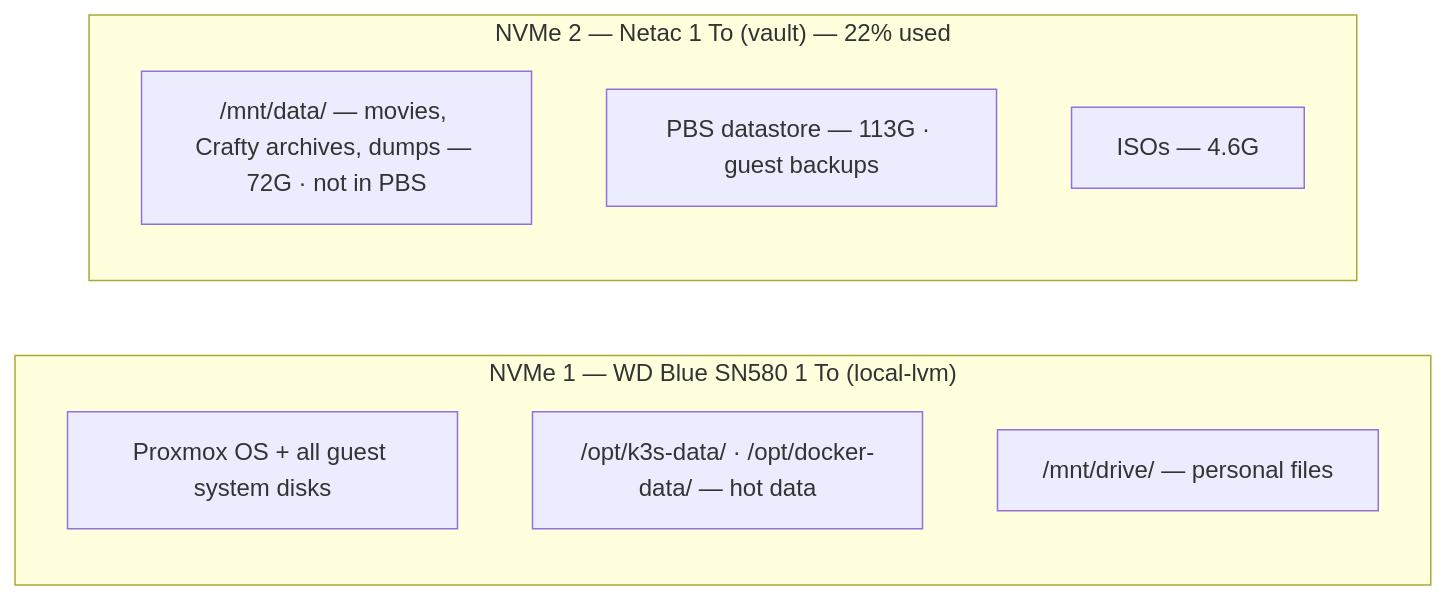
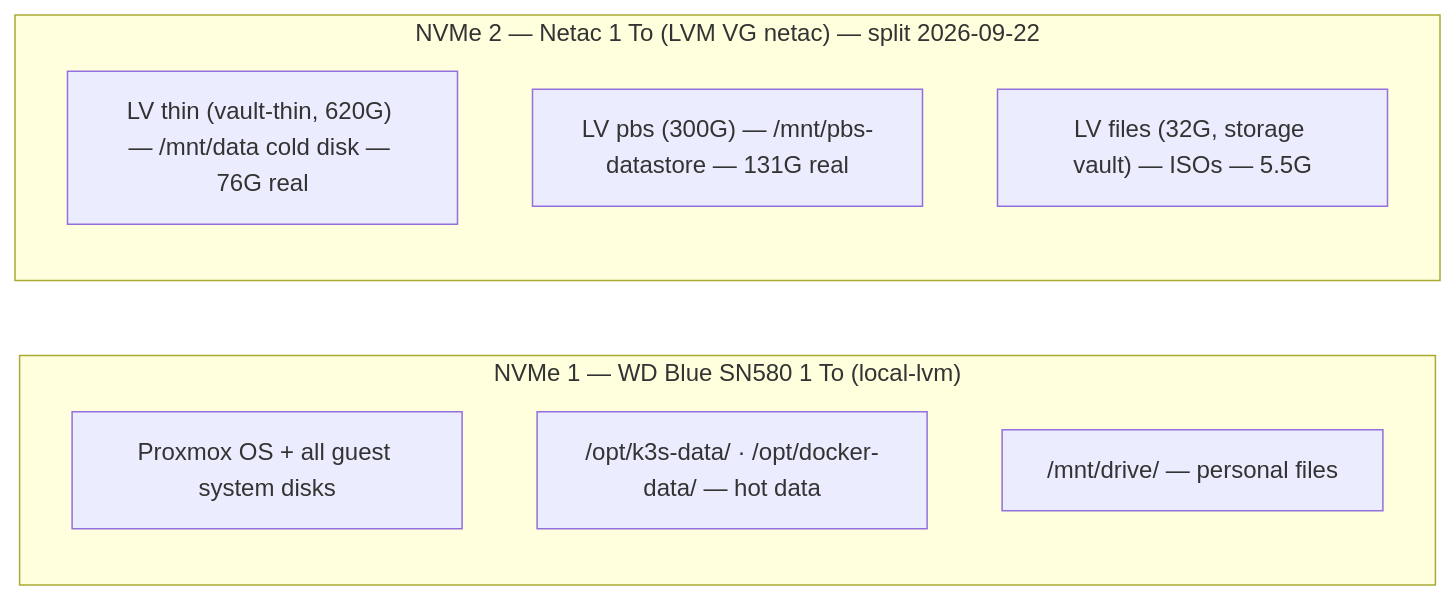
The diagram in docs/infrastructure.md (Enoal-Fauchille-Bolle/Astra-ops), drawn with Mermaid before and after one commit. The commit also changed other lines of this file and 4 other files, not shown here.

Commit message:
📝 [Docs] Record the Netac split into LVM compartments

````diff
--- a/docs/infrastructure.md
+++ b/docs/infrastructure.md
@@ -58,13 +58,13 @@
 ```mermaid
 graph LR
     subgraph NVMe1["NVMe 1 — WD Blue SN580 1 To (local-lvm)"]
         OS[Proxmox OS + all guest system disks]
         HOT["/opt/k3s-data/ · /opt/docker-data/ — hot data"]
         DRIVE["/mnt/drive/ — personal files"]
     end
-    subgraph NVMe2["NVMe 2 — Netac 1 To (vault) — 22% used"]
-        COLD["/mnt/data/ — movies, Crafty archives, dumps — 72G · not in PBS"]
-        PBS["PBS datastore — 113G · guest backups"]
-        ISO["ISOs — 4.6G"]
+    subgraph NVMe2["NVMe 2 — Netac 1 To (LVM VG netac) — split 2026-09-22"]
+        COLD["LV thin (vault-thin, 620G) — /mnt/data cold disk — 76G real"]
+        PBS["LV pbs (300G) — /mnt/pbs-datastore — 131G real"]
+        ISO["LV files (32G, storage vault) — ISOs — 5.5G"]
     end
 ```
````
